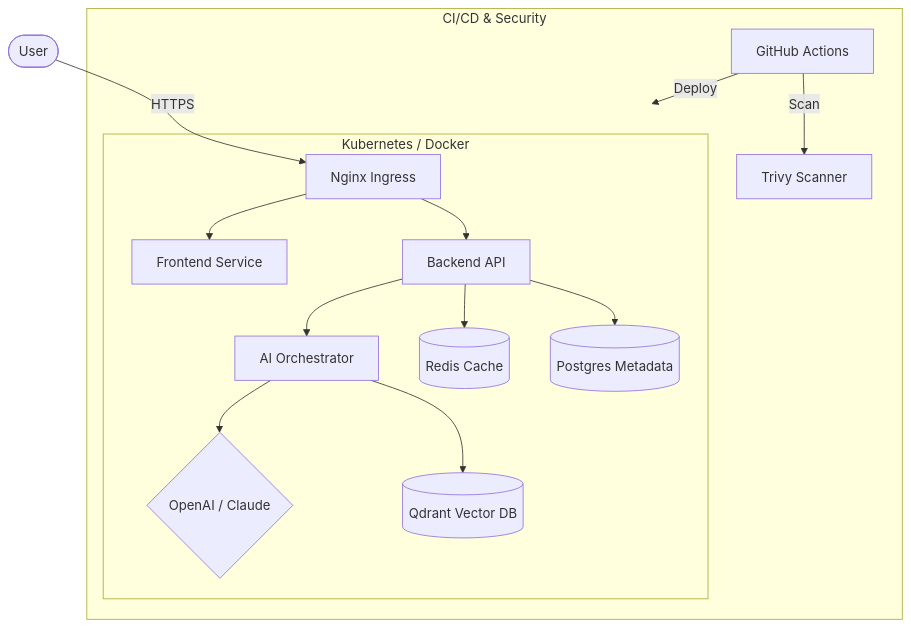
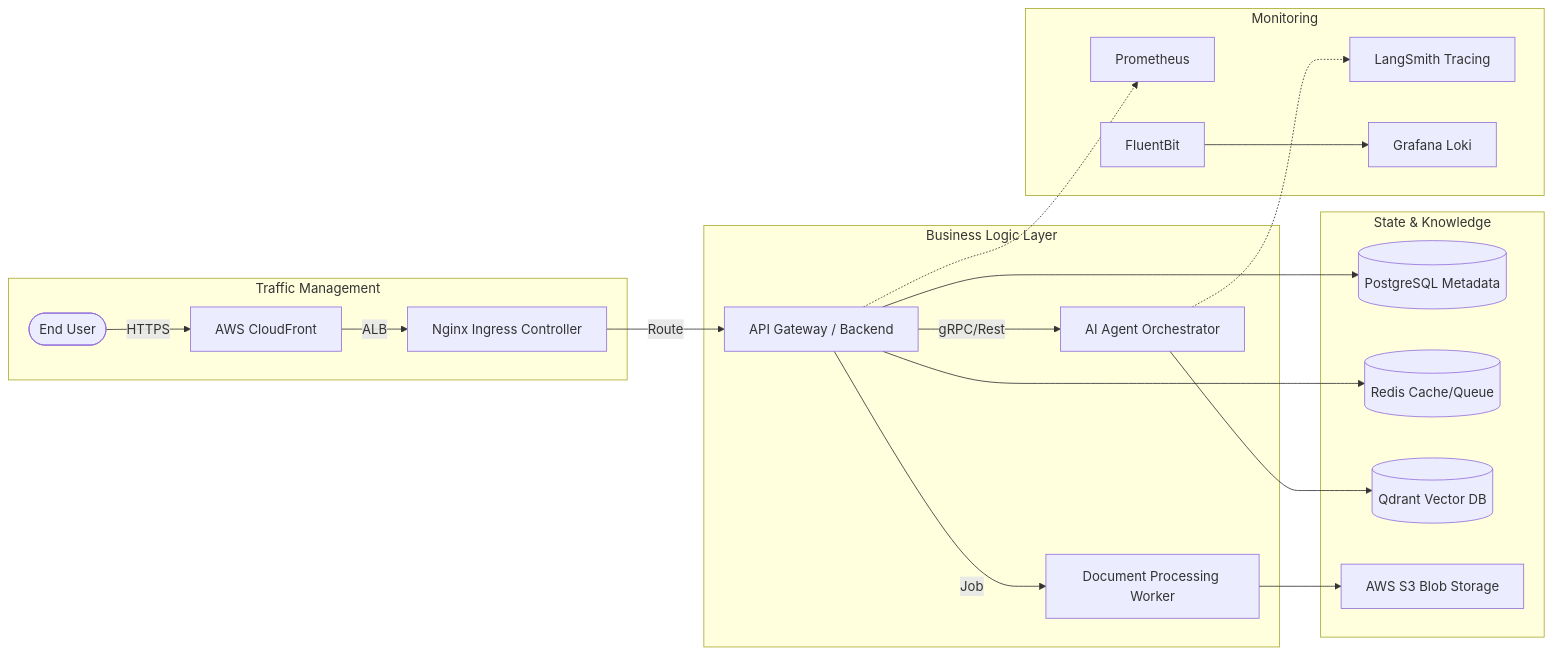
Before and after one commit to bittush8789/Knowledge-Intelligence-System: the diagram in README.md, drawn with Mermaid. The commit also changed other lines of this file and 1 other file, not shown here.

Commit message:
docs: implement Enterprise Edition architecture and documentation

````diff
--- a/README.md
+++ b/README.md
@@ -25,21 +33,26 @@
 ```mermaid
-graph TD
-    User([User]) --> |HTTPS| Ingress[Nginx Ingress]
-    
-    subgraph Cluster [Kubernetes / Docker]
-        Ingress --> Frontend[Frontend Service]
-        Ingress --> Backend[Backend API]
-        
-        Backend --> AI_Engine[AI Orchestrator]
-        AI_Engine --> LLM{OpenAI / Claude}
-        
-        Backend --> Redis[(Redis Cache)]
-        AI_Engine --> Qdrant[(Qdrant Vector DB)]
-        Backend --> Postgres[(Postgres Metadata)]
+graph LR
+    subgraph Client_Layer [Traffic Management]
+        User([End User]) --> |HTTPS| CloudFront[AWS CloudFront]
+        CloudFront --> |ALB| Ingress[Nginx Ingress Controller]
     end
-    
-    subgraph DevOps [CI/CD & Security]
-        GHA[GitHub Actions] --> |Scan| Trivy[Trivy Scanner]
-        GHA --> |Deploy| Cluster
+
+    subgraph Service_Mesh [Business Logic Layer]
+        Ingress --> |Route| API[API Gateway / Backend]
+        API --> |gRPC/Rest| Orchestrator[AI Agent Orchestrator]
+        API --> |Job| Worker[Document Processing Worker]
+    end
+
+    subgraph Persistence_Layer [State & Knowledge]
+        API --> Postgres[(PostgreSQL Metadata)]
+        API --> Redis[(Redis Cache/Queue)]
+        Orchestrator --> Qdrant[(Qdrant Vector DB)]
+        Worker --> S3[AWS S3 Blob Storage]
+    end
+
+    subgraph Observability_Stack [Monitoring]
+        API -.-> Prometheus[Prometheus]
+        Orchestrator -.-> LangSmith[LangSmith Tracing]
+        LogCollector[FluentBit] --> Loki[Grafana Loki]
     end
 ```
````
